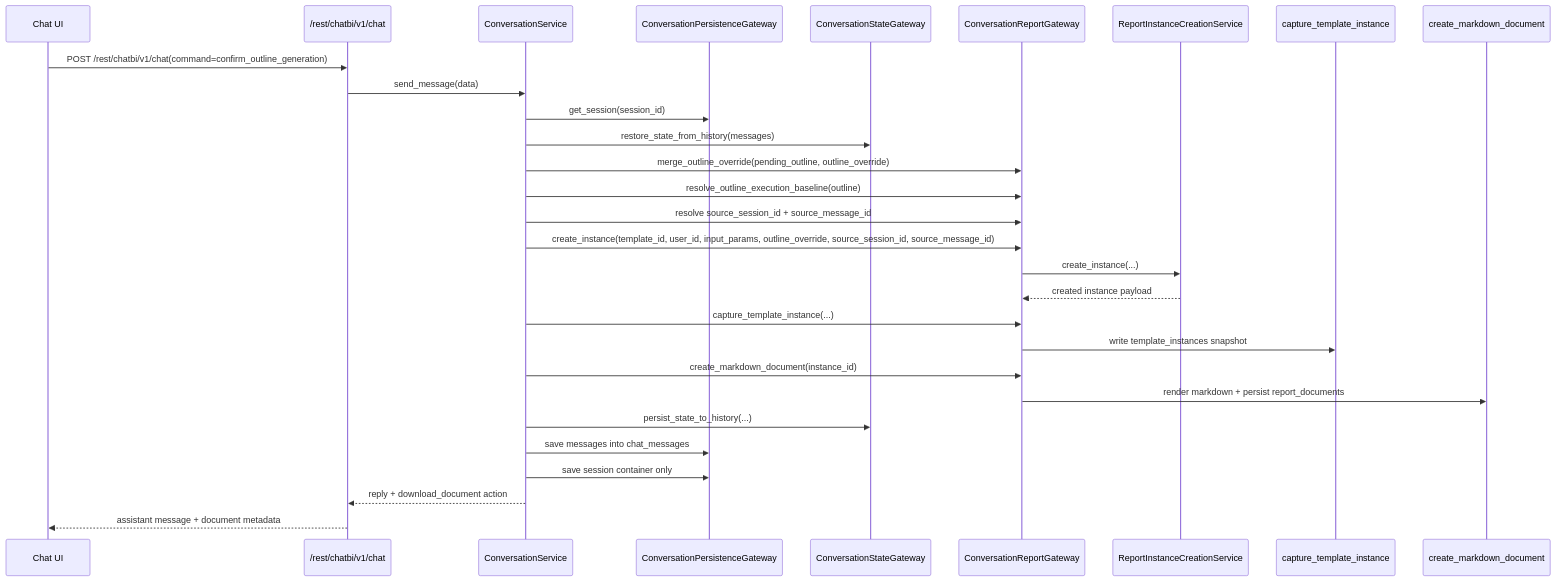
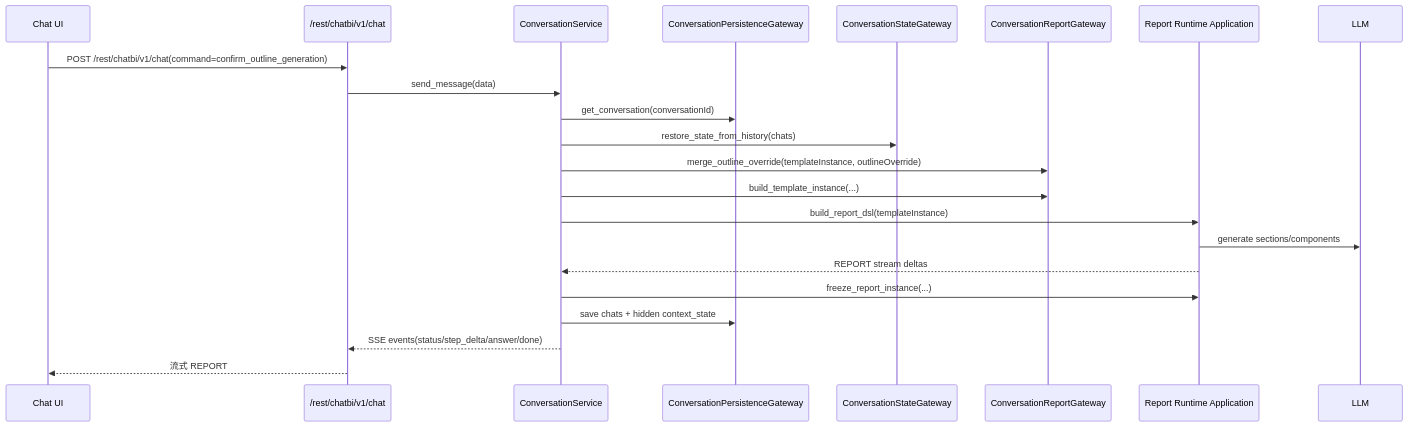
One commit to shel447/ReportSystem changed the first of 4 diagrams in design/implementation/runtime_sequences.md. Above: the diagram before and after it, drawn with Mermaid. The commit also changed other lines of this file and 21 other files, not shown here.

First line of the commit message:
refresh report dsl and chatbi design docs

````diff
--- a/design/implementation/runtime_sequences.md
+++ b/design/implementation/runtime_sequences.md
@@ -19,32 +19,25 @@
 ```mermaid
 sequenceDiagram
     participant UI as Chat UI
     participant API as /rest/chatbi/v1/chat
     participant Conv as ConversationService
     participant Persist as ConversationPersistenceGateway
     participant State as ConversationStateGateway
     participant Report as ConversationReportGateway
-    participant Runtime as ReportInstanceCreationService
-    participant Baseline as capture_template_instance
-    participant Doc as create_markdown_document
+    participant Runtime as Report Runtime Application
+    participant LLM as LLM
 
     UI->>API: POST /rest/chatbi/v1/chat(command=confirm_outline_generation)
     API->>Conv: send_message(data)
-    Conv->>Persist: get_session(session_id)
-    Conv->>State: restore_state_from_history(messages)
-    Conv->>Report: merge_outline_override(pending_outline, outline_override)
-    Conv->>Report: resolve_outline_execution_baseline(outline)
-    Conv->>Report: resolve source_session_id + source_message_id
-    Conv->>Report: create_instance(template_id, user_id, input_params, outline_override, source_session_id, source_message_id)
-    Report->>Runtime: create_instance(...)
-    Runtime-->>Report: created instance payload
-    Conv->>Report: capture_template_instance(...)
-    Report->>Baseline: write template_instances snapshot
-    Conv->>Report: create_markdown_document(instance_id)
-    Report->>Doc: render markdown + persist report_documents
-    Conv->>State: persist_state_to_history(...)
-    Conv->>Persist: save messages into chat_messages
-    Conv->>Persist: save session container only
-    Conv-->>API: reply + download_document action
-    API-->>UI: assistant message + document metadata
+    Conv->>Persist: get_conversation(conversationId)
+    Conv->>State: restore_state_from_history(chats)
+    Conv->>Report: merge_outline_override(templateInstance, outlineOverride)
+    Conv->>Report: build_template_instance(...)
+    Conv->>Runtime: build_report_dsl(templateInstance)
+    Runtime->>LLM: generate sections/components
+    Runtime-->>Conv: REPORT stream deltas
+    Conv->>Runtime: freeze_report_instance(...)
+    Conv->>Persist: save chats + hidden context_state
+    Conv-->>API: SSE events(status/step_delta/answer/done)
+    API-->>UI: 流式 REPORT
 ```
````
